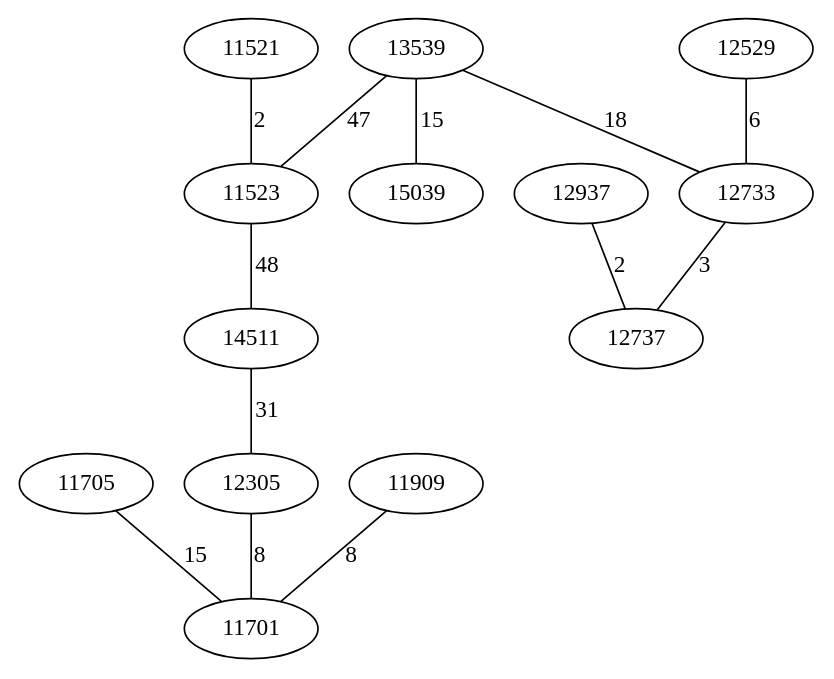
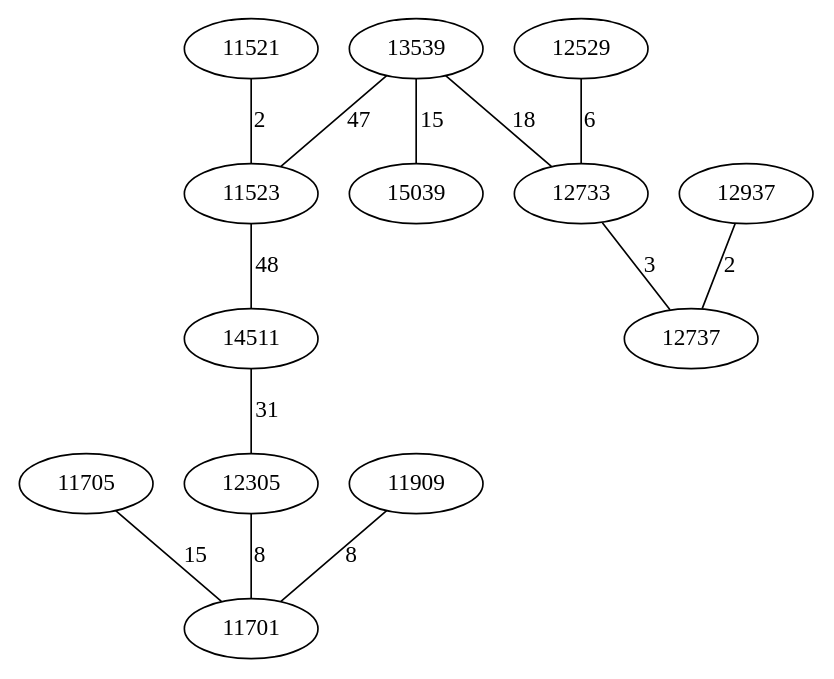
Before and after one commit to AsmNoob/Labyrinthe: the diagram in Graph.dot, drawn with Graphviz. The commit also changed other lines of this file and 3 other files, not shown here.

```diff
--- a/Graph.dot
+++ b/Graph.dot
@@ -1,16 +1,16 @@
 graph chemin {
 
 	11705 -- 11701 [label=15]
+	13539 -- 15039 [label=15]
+	13539 -- 11523 [label=47]
 	13539 -- 12733 [label=18]
-	13539 -- 11523 [label=47]
-	13539 -- 15039 [label=15]
 	12937 -- 12737 [label=2]
 	11521 -- 11523 [label=2]
 	11523 -- 14511 [label=48]
 	14511 -- 12305 [label=31]
 	12529 -- 12733 [label=6]
 	11909 -- 11701 [label=8]
 	12305 -- 11701 [label=8]
 	12733 -- 12737 [label=3]
 
 }
```
